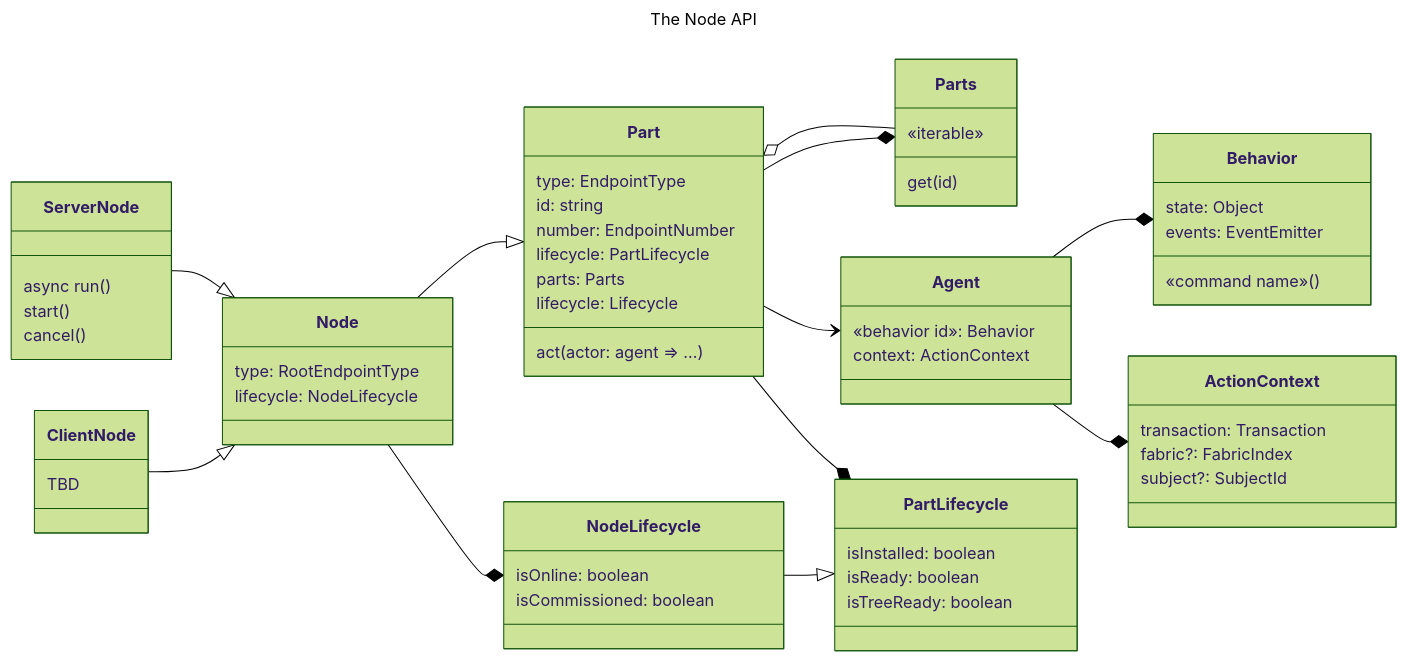
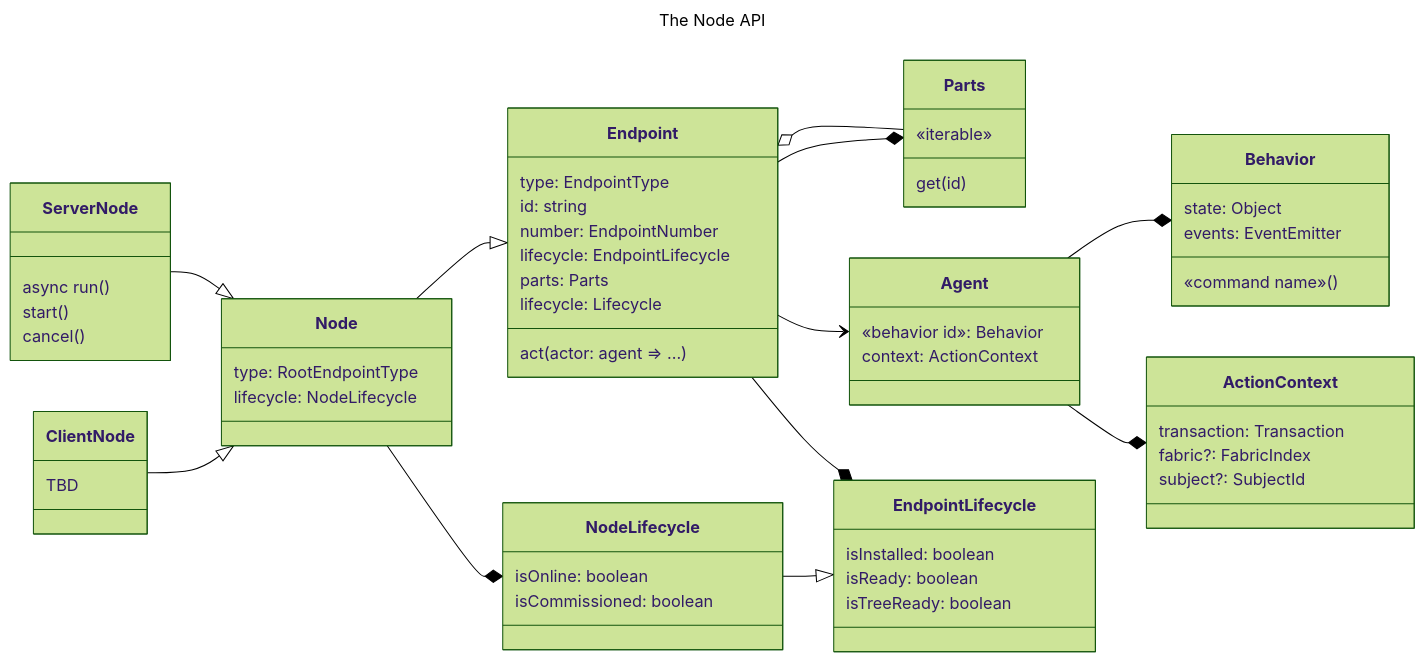
One commit to project-chip/matter.js changed the diagram in packages/matter.js/src/node/README.md. Above: the diagram before and after it, drawn with Mermaid (forest theme). The commit also changed other lines of this file and 111 other files, not shown here.

````diff
--- a/packages/matter.js/src/node/README.md
+++ b/packages/matter.js/src/node/README.md
@@ -28,78 +19,77 @@
 ```mermaid
 ---
 title: The Node API
 ---
 classDiagram
     direction LR
 
     class ClientNode {
         TBD
     }
     ClientNode --|> Node
 
     class ServerNode {
         async run()
         start()
         cancel()
     }
     ServerNode --|> Node
 
     class Node {
         type: RootEndpointType
         lifecycle: NodeLifecycle
     }
-    Node --|> Part
+    Node --|> Endpoint
 
-    class Part {
+    class Endpoint {
         type: EndpointType
         id: string
         number: EndpointNumber
-        lifecycle: PartLifecycle
+        lifecycle: EndpointLifecycle
         parts: Parts
         lifecycle: Lifecycle
         act(actor: agent => ...)
     }
 
-
     class Parts {
         «iterable»
         get(id)
     }
-    Part --* Parts
-    Parts --o Part
+    Endpoint --* Parts
+    Parts --o Endpoint
 
     class Agent {
         «behavior id»: Behavior
         context: ActionContext
     }
-    Part --> Agent
+    Endpoint --> Agent
     Agent --* Behavior
     Agent --* ActionContext
 
     class Behavior {
         state: Object
         events: EventEmitter
         «command name»()
     }
 
-    class PartLifecycle {
+    class EndpointLifecycle {
         isInstalled: boolean
         isReady: boolean
         isTreeReady: boolean
     }
 
     class NodeLifecycle {
         isOnline: boolean
         isCommissioned: boolean
     }
 
     class ActionContext {
         transaction: Transaction
         fabric?: FabricIndex
         subject?: SubjectId
     }
-    NodeLifecycle --|> PartLifecycle
+    NodeLifecycle --|> EndpointLifecycle
 
-    Part --* PartLifecycle
+    Endpoint --* EndpointLifecycle
     Node --* NodeLifecycle
 ```
````
